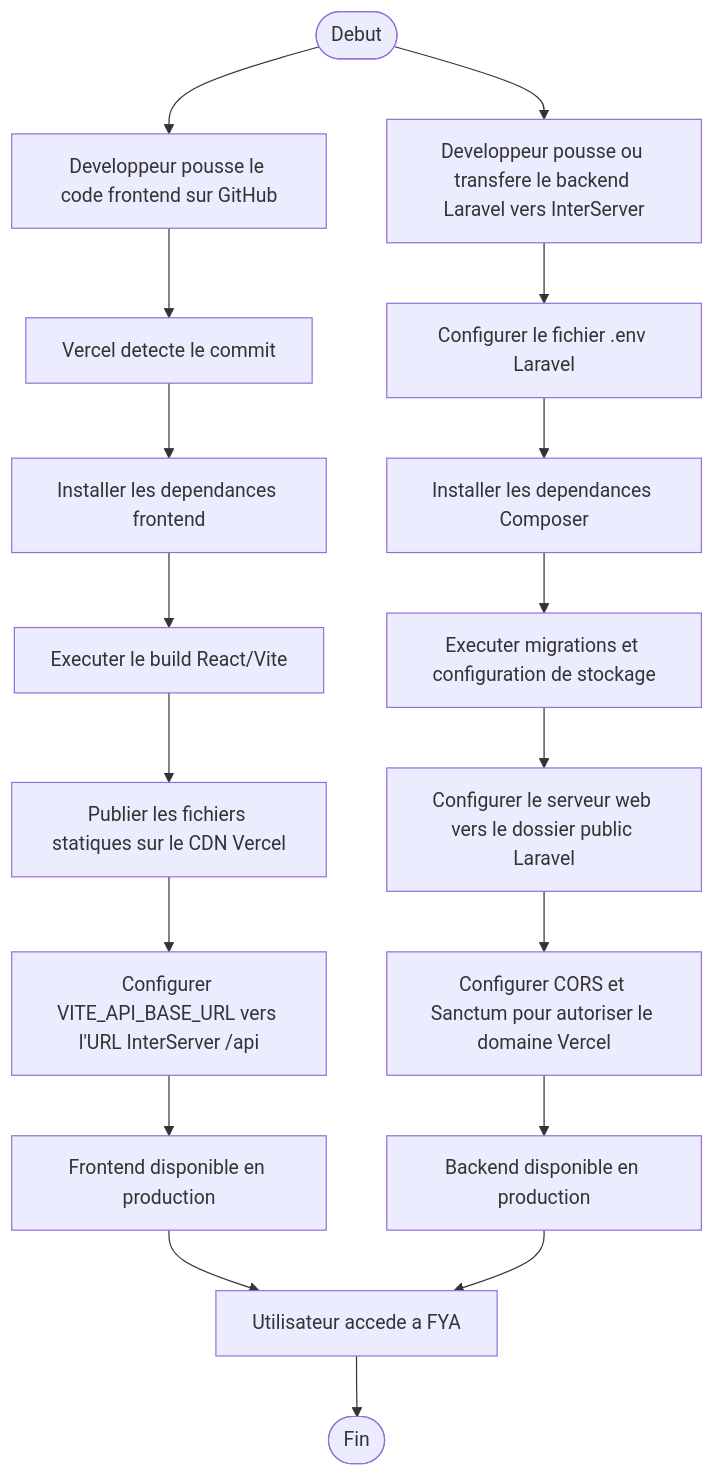
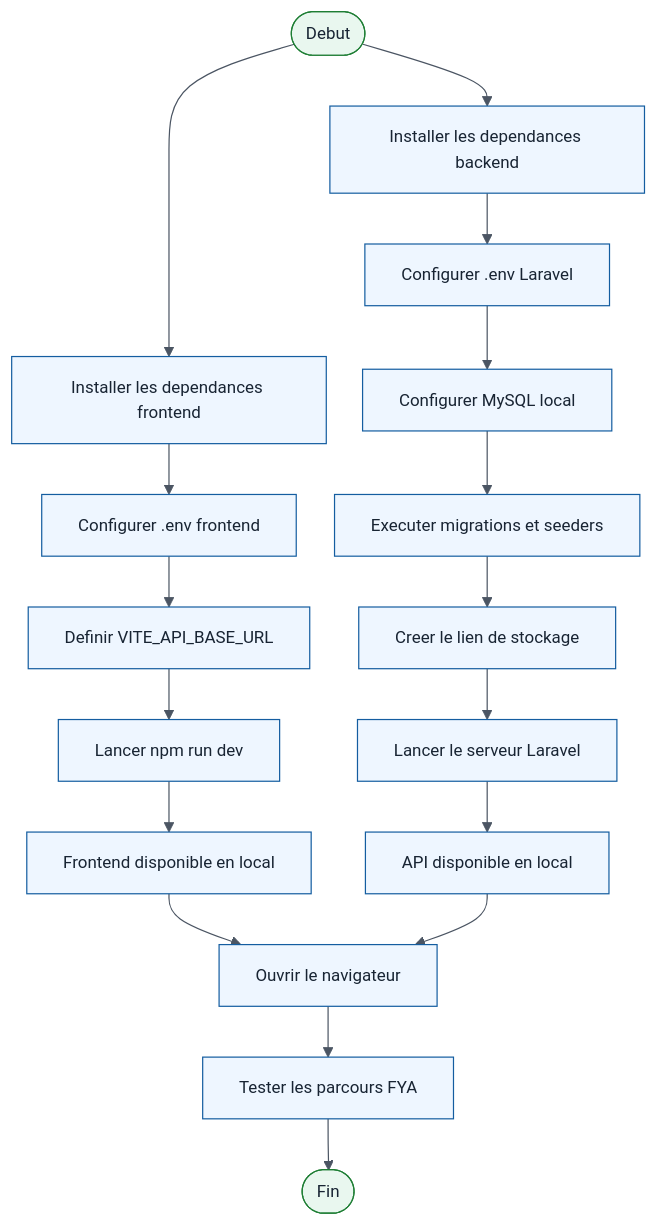
Before and after one commit to Exauce13/fya-front-end: the third of 3 diagrams in UML/diagramme-deploiement.md, drawn with Mermaid. The commit also changed other lines of this file and 104 other files, not shown here.

````diff
--- a/UML/diagramme-deploiement.md
+++ b/UML/diagramme-deploiement.md
@@ -69,22 +69,27 @@
 ```mermaid
+%%{init: {"theme": "base", "themeVariables": {"fontFamily": "Arial", "fontSize": "14px", "primaryColor": "#EEF6FF", "primaryBorderColor": "#145DA0", "lineColor": "#4B5563", "textColor": "#182433"}, "flowchart": {"curve": "basis", "nodeSpacing": 30, "rankSpacing": 42}}}%%
 flowchart TD
-    A([Debut]) --> B[Developpeur pousse le code frontend sur GitHub]
-    B --> C[Vercel detecte le commit]
-    C --> D[Installer les dependances frontend]
-    D --> E[Executer le build React/Vite]
-    E --> F[Publier les fichiers statiques sur le CDN Vercel]
+    A([Debut]) --> B[Installer les dependances frontend]
+    B --> C[Configurer .env frontend]
+    C --> D[Definir VITE_API_BASE_URL]
+    D --> E[Lancer npm run dev]
 
-    A --> G[Developpeur pousse ou transfere le backend Laravel vers InterServer]
-    G --> H[Configurer le fichier .env Laravel]
-    H --> I[Installer les dependances Composer]
-    I --> J[Executer migrations et configuration de stockage]
-    J --> K[Configurer le serveur web vers le dossier public Laravel]
+    A --> F[Installer les dependances backend]
+    F --> G[Configurer .env Laravel]
+    G --> H[Configurer MySQL local]
+    H --> I[Executer migrations et seeders]
+    I --> J[Creer le lien de stockage]
+    J --> K[Lancer le serveur Laravel]
 
-    F --> L[Configurer VITE_API_BASE_URL vers l'URL InterServer /api]
-    K --> M[Configurer CORS et Sanctum pour autoriser le domaine Vercel]
-    L --> N[Frontend disponible en production]
-    M --> O[Backend disponible en production]
-    N --> P[Utilisateur accede a FYA]
-    O --> P
-    P --> Q([Fin])
+    E --> L[Frontend disponible en local]
+    K --> M[API disponible en local]
+    L --> N[Ouvrir le navigateur]
+    M --> N
+    N --> O[Tester les parcours FYA]
+    O --> P([Fin])
+
+    classDef start fill:#E9F7EF,stroke:#1E7E34,color:#182433,font-size:14px
+    classDef action fill:#EEF6FF,stroke:#145DA0,color:#182433,font-size:14px
+    class A,P start
+    class B,C,D,E,F,G,H,I,J,K,L,M,N,O action
 ```
````
